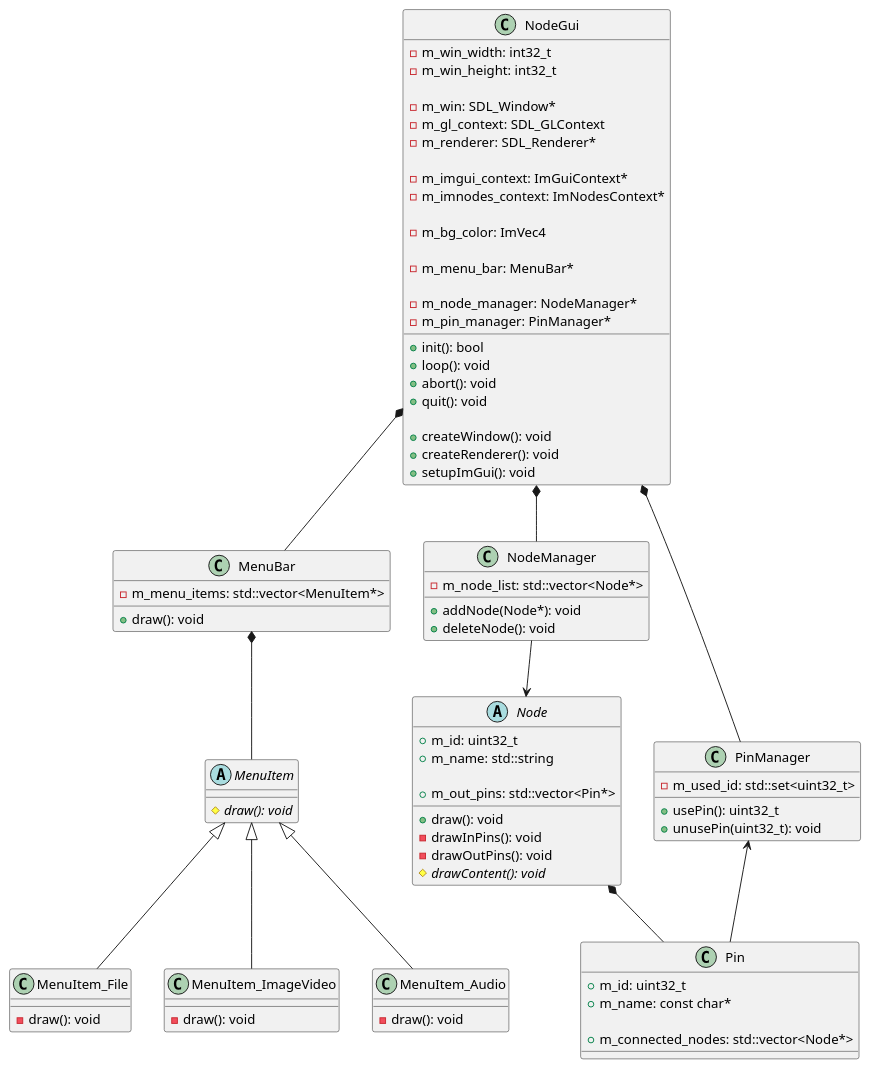
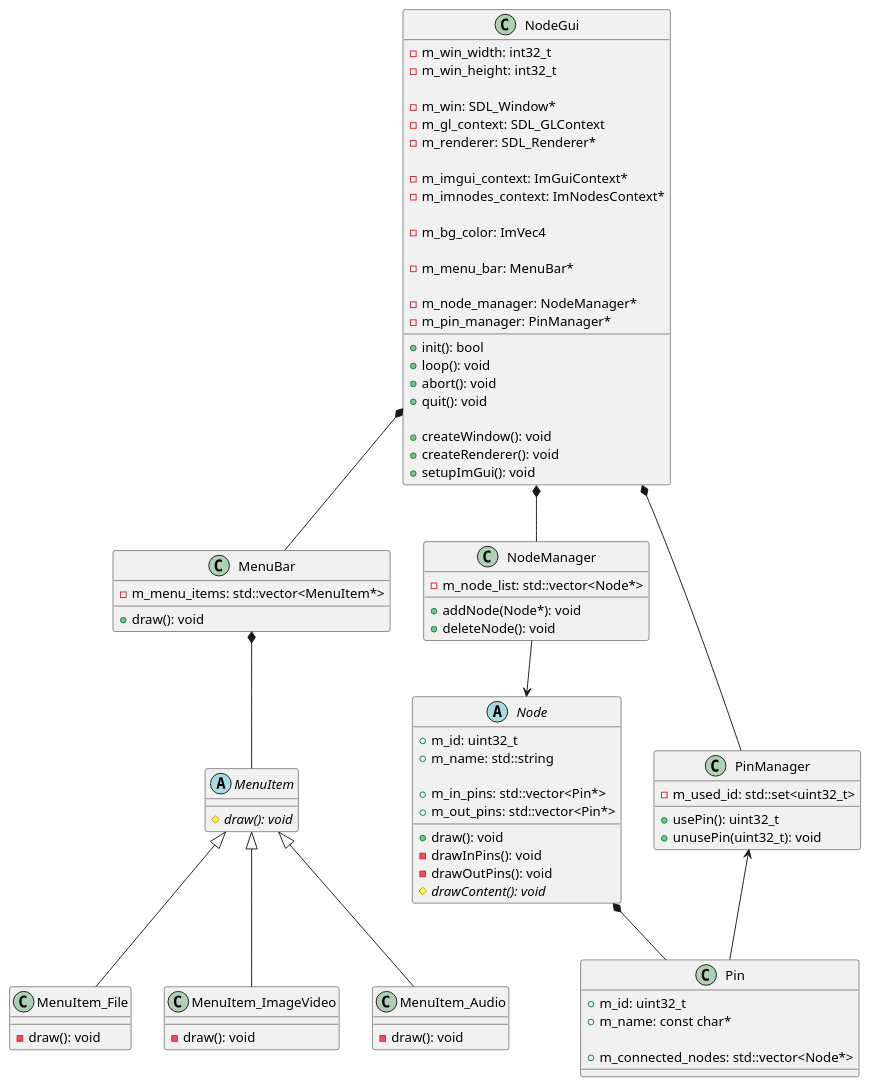
Before and after one commit to nkue-yst/NodeProcessV2: the diagram in uml/uml_impl.pu, drawn with PlantUML. The commit also changed 5 other files, not shown here.

```diff
--- a/uml/uml_impl.pu
+++ b/uml/uml_impl.pu
@@ -1,100 +1,101 @@
 @startuml NodeProcessing_Impl
 
 class NodeGui {
     +init(): bool
     +loop(): void
     +abort(): void
     +quit(): void
 
     +createWindow(): void
     +createRenderer(): void
     +setupImGui(): void
 
     -m_win_width: int32_t
     -m_win_height: int32_t
 
     -m_win: SDL_Window*
     -m_gl_context: SDL_GLContext
     -m_renderer: SDL_Renderer*
 
     -m_imgui_context: ImGuiContext*
     -m_imnodes_context: ImNodesContext*
 
     -m_bg_color: ImVec4
 
     -m_menu_bar: MenuBar*
 
     -m_node_manager: NodeManager*
     -m_pin_manager: PinManager*
 }
 
 class MenuBar {
     +draw(): void
 
     -m_menu_items: std::vector<MenuItem*>
 }
 
 abstract class MenuItem {
     {abstract} #draw(): void
 }
 
 class MenuItem_File {
     -draw(): void
 }
 
 class MenuItem_ImageVideo {
     -draw(): void
 }
 
 class MenuItem_Audio {
     -draw(): void
 }
 
 class NodeManager {
     +addNode(Node*): void
     +deleteNode(): void
 
     -m_node_list: std::vector<Node*>
 }
 
 abstract class Node {
     +draw(): void
     -drawInPins(): void
     -drawOutPins(): void
     {abstract} #drawContent(): void
 
     +m_id: uint32_t
     +m_name: std::string
     
+    +m_in_pins: std::vector<Pin*>
     +m_out_pins: std::vector<Pin*>
 }
 
 class PinManager {
     +usePin(): uint32_t
     +unusePin(uint32_t): void
 
     -m_used_id: std::set<uint32_t>
 }
 
 class Pin {
     +m_id: uint32_t
     +m_name: const char*
 
     +m_connected_nodes: std::vector<Node*>
 }
 
 NodeGui *-- NodeManager
 NodeGui *-- PinManager
 NodeGui *-- MenuBar
 
 MenuBar *-- MenuItem
 MenuItem <|-- MenuItem_File
 MenuItem <|-- MenuItem_ImageVideo
 MenuItem <|-- MenuItem_Audio
 
 Node *-- Pin
 
 NodeManager --> Node
 PinManager <-- Pin
 
 @enduml
```
